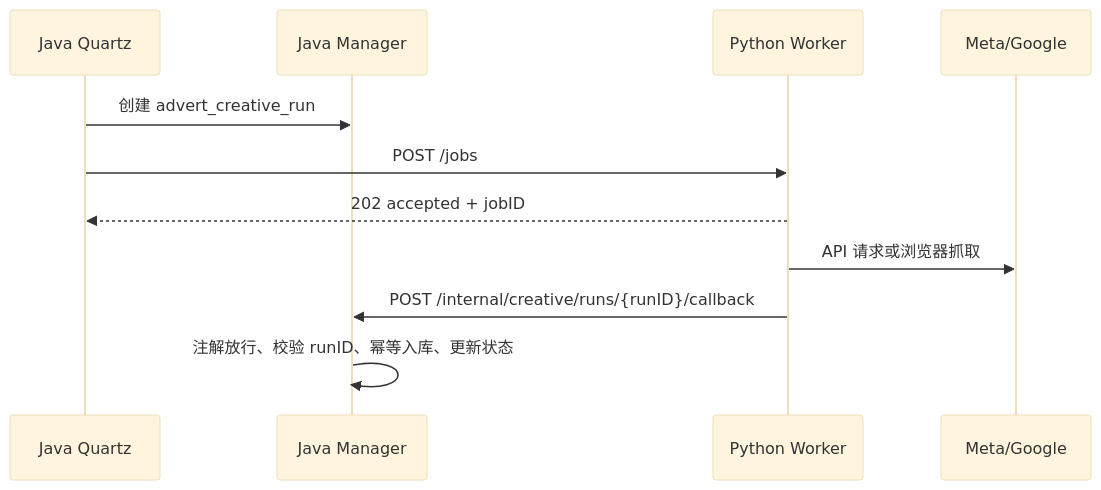
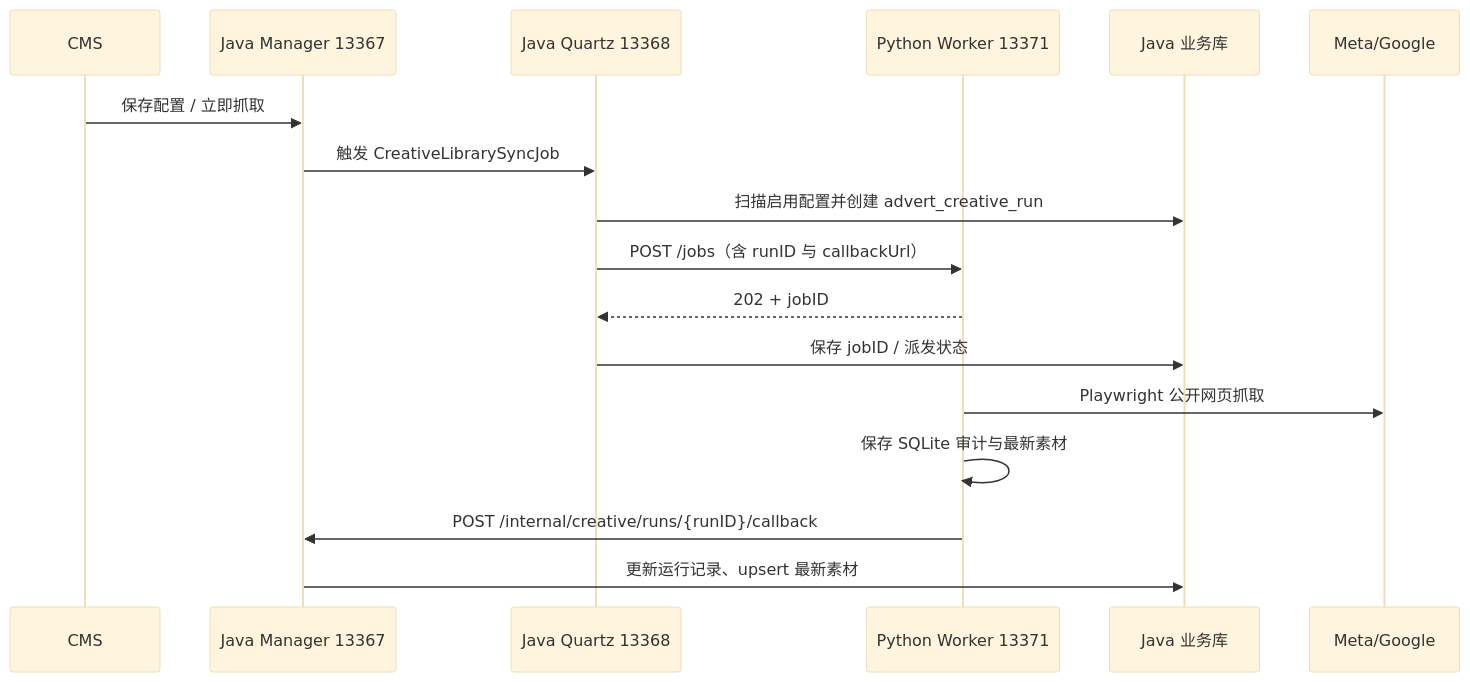
The diagram in docs/架构设计.md (xianjiandada/id-game-distribution-python-workers), drawn with Mermaid (base theme) before and after one commit. The commit also changed other lines of this file and 11 other files, not shown here.

````diff
--- a/docs/架构设计.md
+++ b/docs/架构设计.md
@@ -11,13 +13,19 @@
 ```mermaid
 sequenceDiagram
-    participant Q as Java Quartz
-    participant M as Java Manager
-    participant P as Python Worker
+    participant C as CMS
+    participant M as Java Manager 13367
+    participant Q as Java Quartz 13368
+    participant P as Python Worker 13371
+    participant D as Java 业务库
     participant S as Meta/Google
-    Q->>M: 创建 advert_creative_run
-    Q->>P: POST /jobs
-    P-->>Q: 202 accepted + jobID
-    P->>S: API 请求或浏览器抓取
+    C->>M: 保存配置 / 立即抓取
+    M->>Q: 触发 CreativeLibrarySyncJob
+    Q->>D: 扫描启用配置并创建 advert_creative_run
+    Q->>P: POST /jobs（含 runID 与 callbackUrl）
+    P-->>Q: 202 + jobID
+    Q->>D: 保存 jobID / 派发状态
+    P->>S: Playwright 公开网页抓取
+    P->>P: 保存 SQLite 审计与最新素材
     P->>M: POST /internal/creative/runs/{runID}/callback
-    M->>M: 注解放行、校验 runID、幂等入库、更新状态
+    M->>D: 更新运行记录、upsert 最新素材
 ```
````
